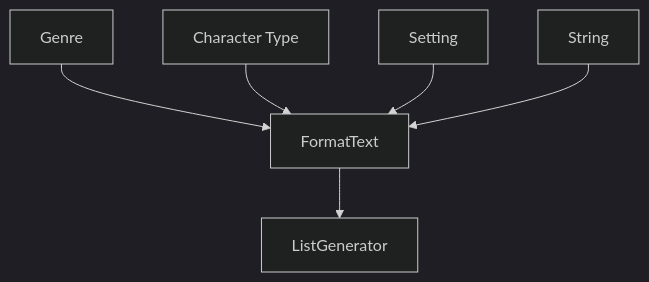
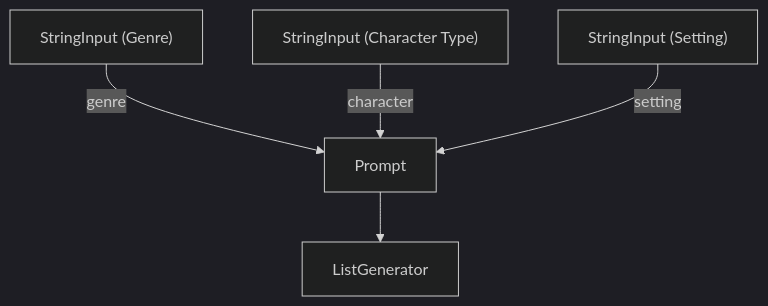
Before and after one commit to nodetool-ai/nodetool: the diagram in docs/workflows/creative-story-ideas.md, drawn with Mermaid (dark theme). The commit also changed other lines of this file and 118 other files, not shown here.

```diff
--- a/docs/workflows/creative-story-ideas.md
+++ b/docs/workflows/creative-story-ideas.md
@@ -32,14 +34,12 @@
 {% mermaid %}
 graph TD
-  genre_input_["Genre"]
-  character_type_input_["Character Type"]
-  setting_input_["Setting"]
-  string_templa["String"]
-  formattext_format["FormatText"]
-  listgenerator_list_g["ListGenerator"]
-  genre_input_ --> formattext_format
-  character_type_input_ --> formattext_format
-  setting_input_ --> formattext_format
-  string_templa --> formattext_format
-  formattext_format --> listgenerator_list_g
+  genre["StringInput (Genre)"]
+  character["StringInput (Character Type)"]
+  setting["StringInput (Setting)"]
+  prompt["Prompt"]
+  ideas["ListGenerator"]
+  genre -->|genre| prompt
+  character -->|character| prompt
+  setting -->|setting| prompt
+  prompt --> ideas
 {% endmermaid %}
```
